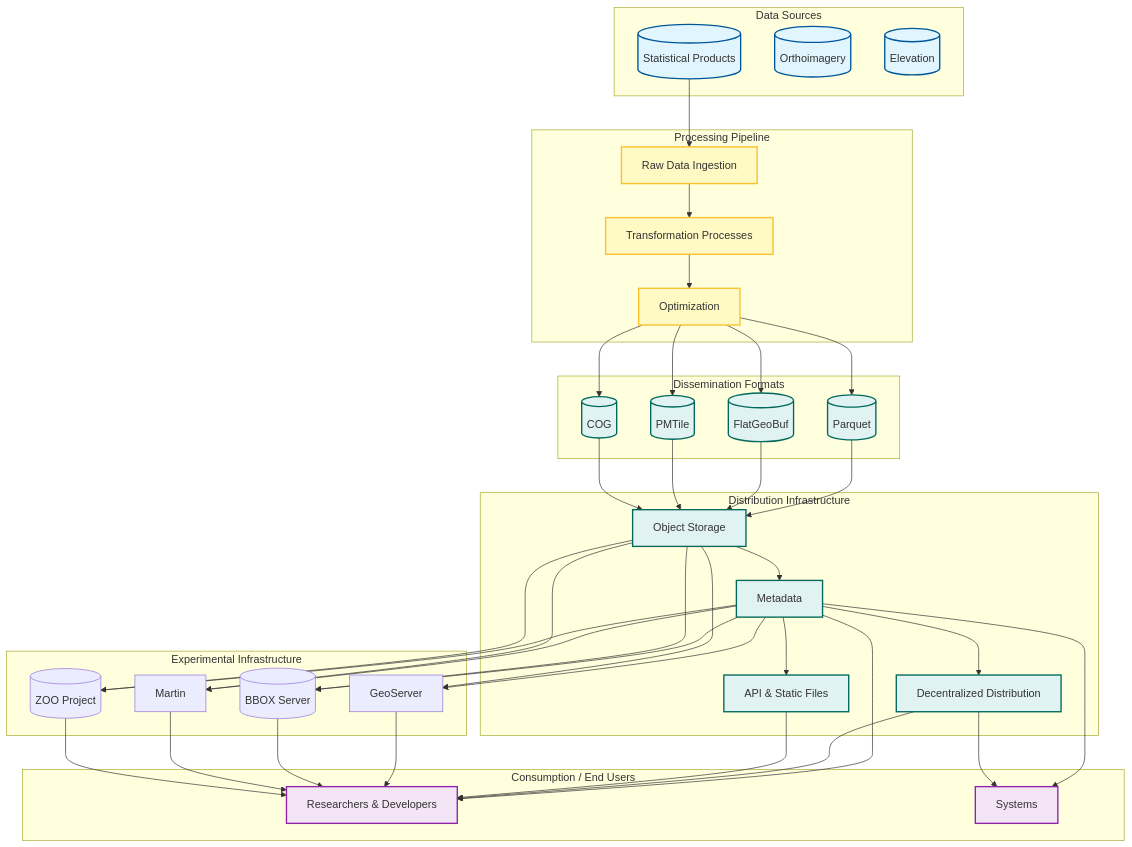
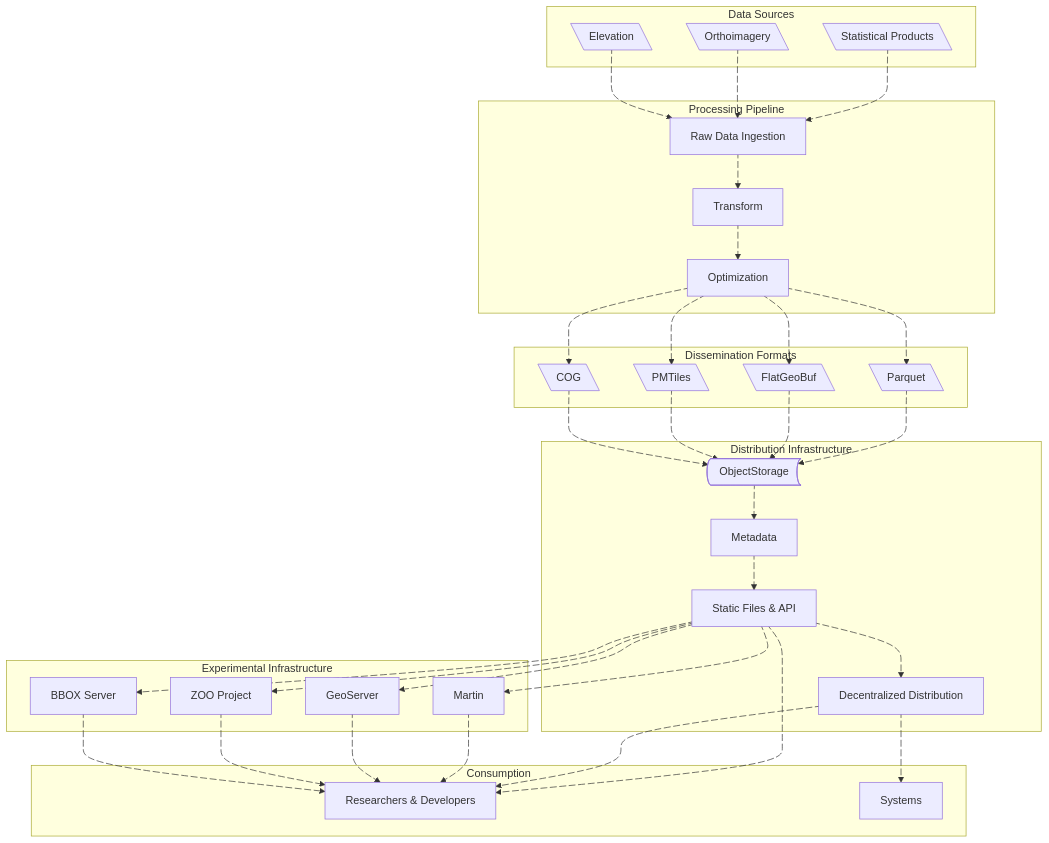
The diagram in content/_index.md (dataforcanada/www.dataforcanada.org), drawn with Mermaid before and after one commit.

Commit message:
Clean-up homepage high-level overview

````diff
--- a/content/_index.md
+++ b/content/_index.md
@@ -23,85 +23,102 @@
 ```mermaid
 flowchart TD
-    %% Define Styles
-    classDef source fill:#e1f5fe,stroke:#01579b,stroke-width:2px
-    classDef process fill:#fff9c4,stroke:#fbc02d,stroke-width:2px
-    classDef storage fill:#e0f2f1,stroke:#00695c,stroke-width:2px
-    classDef consumer fill:#f3e5f5,stroke:#8e24aa,stroke-width:2px
-
     subgraph "Data Sources"
-        StatProducts[("Statistical Products")]:::source
-        Orthoimagery[("Orthoimagery")]:::source
-        Elevation[("Elevation")]:::source
+        StatProducts@{ shape: lean-l, label: "Statistical Products"}
+        Orthoimagery@{ shape: lean-l}
+        Elevation@{ shape: lean-l}
     end
 
     subgraph "Processing Pipeline"
-        Raw[Raw Data Ingestion]:::process
-        Transform[Transformation Processes]:::process
-        Opt[Optimization]:::process
+        Raw@{ shape: rect, label: "Raw Data Ingestion"}
+        Transform@{ shape: rect, label: "Transform"}
+        Opt@{ shape: rect, label: "Optimization"}
     end
 
     subgraph "Dissemination Formats"
-        Parquet[("Parquet")]:::storage
-        FlatGeoBuf[("FlatGeoBuf")]:::storage
-        PMTiles[("PMTile")]:::storage
-        COG[("COG")]:::storage
+        Parquet@{ shape: lean-l}
+        FlatGeoBuf@{ shape: lean-l}
+        PMTiles@{ shape: lean-l}
+        COG@{ shape: lean-l}
     end
 
     subgraph "Distribution Infrastructure"
-        ObjectStorage[Object Storage]:::storage
-        DecentralizedDistribution[Decentralized Distribution]:::storage
-        Serverless[API & Static Files]:::storage
-        Metadata[Metadata]:::storage
+        ObjectStorage@{ shape: bow-rect}
+        Metadata@{ shape: rect}
+        HTTP@{ shape: rect, label: "Static Files & API"}
+        DecentralizedDistribution@{ shape: rect, label: "Decentralized Distribution"}
     end
 
     subgraph "Experimental Infrastructure"
-        GeoServer
-        Martin
-        ZOOProject[("ZOO Project")]
-        BBOXServer[("BBOX Server")]
+        Martin@{ shape: rect}
+        GeoServer@{ shape: rect}
+        ZOOProject@{ shape: rect, label: "ZOO Project"}
+        BBOXServer@{ shape: rect, label: "BBOX Server"}
     end
 
-    subgraph "Consumption / End Users"
-        DataSci["Researchers & Developers"]:::consumer
-        Systems[Systems]:::consumer
+    subgraph "Consumption"
+        DataSci@{ shape: rect, label: "Researchers & Developers"}
+        Systems@{ shape: rect, label: "Systems"}
     end
 
     %% Relationships
-    StatProducts --> Raw
-    Raw --> Transform
-    Transform --> Opt
-    Opt --> Parquet
-    Opt --> FlatGeoBuf
-    Opt --> PMTiles
-    Opt --> COG
-    Parquet --> ObjectStorage
-    FlatGeoBuf --> ObjectStorage
-    PMTiles --> ObjectStorage
-    COG --> ObjectStorage
-    ObjectStorage --> Metadata
-    Metadata --> DecentralizedDistribution
-    Metadata --> Serverless
-    Metadata --> GeoServer
-    Metadata --> BBOXServer
-    Metadata --> Martin
-    Metadata --> ZOOProject
-    Metadata --> DataSci
-    Metadata --> Systems
-    DecentralizedDistribution --> Systems
-    DecentralizedDistribution --> DataSci
-    Serverless --> DataSci
-    ObjectStorage --> GeoServer
-    ObjectStorage --> BBOXServer
-    ObjectStorage --> Martin
-    ObjectStorage --> ZOOProject
+    StatProducts a1@--> Raw
+    a1@{animate: true, animation: slow}
+    Orthoimagery a2@--> Raw
+    a2@{animate: true, animation: slow}
+    Elevation a3@--> Raw
+    a3@{animate: true, animation: slow}
+    Raw a4@--> Transform
+    a4@{animate: true, animation: slow}
+    Transform a5@--> Opt
+    a5@{animate: true, animation: slow}
+    Opt a6@--> Parquet
+    a6@{animate: true, animation: slow}
+    Opt a7@--> FlatGeoBuf
+    a7@{animate: true, animation: slow}
+    Opt a8@--> PMTiles
+    a8@{animate: true, animation: slow}
+    Opt a9@--> COG
+    a9@{animate: true, animation: slow}
+    Parquet a10@--> ObjectStorage
+    a10@{animate: true, animation: slow}
+    FlatGeoBuf a11@--> ObjectStorage
+    a11@{animate: true, animation: slow}
+    PMTiles a12@--> ObjectStorage
+    a12@{animate: true, animation: slow}
+    COG a13@--> ObjectStorage
+    a13@{animate: true, animation: slow}
+    ObjectStorage a14@--> Metadata
+    a14@{animate: true, animation: slow}
+    Metadata a15@--> HTTP
+    a15@{animate: true, animation: slow}
+    HTTP a16@--> DataSci
+    a16@{animate: true, animation: slow}
+    HTTP a17@--> DecentralizedDistribution
+    a17@{animate: true, animation: slow}
+    HTTP a18@--> Martin
+    a18@{animate: true, animation: slow}
+    HTTP a19@--> GeoServer
+    a19@{animate: true, animation: slow}
+    HTTP a20@--> ZOOProject
+    a20@{animate: true, animation: slow}
+    HTTP a21@--> BBOXServer
+    a21@{animate: true, animation: slow}
+    DecentralizedDistribution a22@--> Systems
+    a22@{animate: true, animation: fast}
+    DecentralizedDistribution a23@--> DataSci
+    a23@{animate: true, animation: fast}
 
-    GeoServer --> DataSci
-    BBOXServer --> DataSci
-    Martin --> DataSci
-    ZOOProject --> DataSci
+    Martin a24@--> DataSci
+    a24@{animate: true, animation: slow}
+    GeoServer a25@--> DataSci
+    a25@{animate: true, animation: slow}
+    ZOOProject a26@--> DataSci
+    a26@{animate: true, animation: slow}
+    BBOXServer a27@--> DataSci
+    a27@{animate: true, animation: slow}
 
-    click Parquet "https://github.com/apache/parquet-format" _blank
-    click FlatGeoBuf "https://flatgeobuf.org" _blank
+    click Parquet "https://github.com/apache/parquet-format/" _blank
+    click FlatGeoBuf "https://flatgeobuf.org/" _blank
     click PMTiles "https://github.com/protomaps/PMTiles/blob/main/spec/v3/spec.md" _blank
     click StatProducts "https://www.dataforcanada.org/docs/processes/statistical_products/" _blank
     click Orthoimagery "https://www.dataforcanada.org/docs/processes/orthoimagery/" _blank
````
